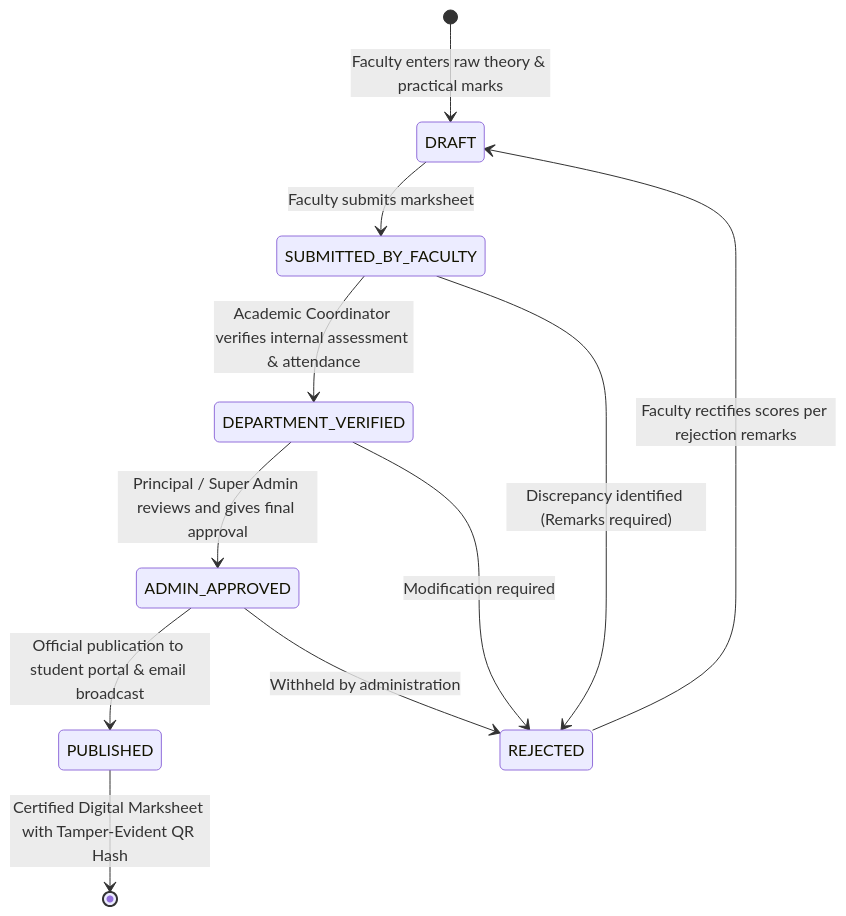
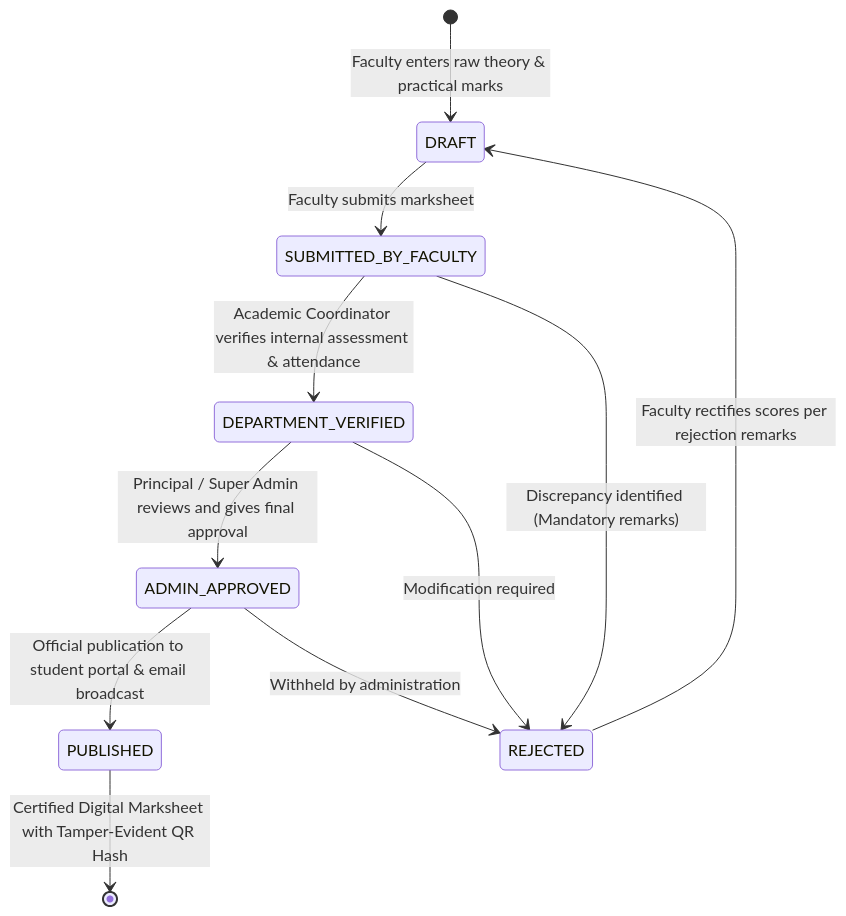
One commit to ulmind-com/annapurna-memorial-college-erp-backend changed the second of 5 diagrams in ARCHITECTURE.md. Above: the diagram before and after it, drawn with Mermaid. The commit also changed other lines of this file, not shown here.

Commit message:
docs: add mobile Firebase push notification sequence diagram and setup guide

````diff
--- a/ARCHITECTURE.md
+++ b/ARCHITECTURE.md
@@ -147,19 +79,19 @@
 ```mermaid
 stateDiagram-v2
     [*] --> DRAFT: Faculty enters raw theory & practical marks
     
     DRAFT --> SUBMITTED_BY_FACULTY: Faculty submits marksheet
     
     SUBMITTED_BY_FACULTY --> DEPARTMENT_VERIFIED: Academic Coordinator verifies internal assessment & attendance
-    SUBMITTED_BY_FACULTY --> REJECTED: Discrepancy identified (Remarks required)
+    SUBMITTED_BY_FACULTY --> REJECTED: Discrepancy identified (Mandatory remarks)
     
     DEPARTMENT_VERIFIED --> ADMIN_APPROVED: Principal / Super Admin reviews and gives final approval
     DEPARTMENT_VERIFIED --> REJECTED: Modification required
     
     ADMIN_APPROVED --> PUBLISHED: Official publication to student portal & email broadcast
     ADMIN_APPROVED --> REJECTED: Withheld by administration
     
     REJECTED --> DRAFT: Faculty rectifies scores per rejection remarks
     
     PUBLISHED --> [*]: Certified Digital Marksheet with Tamper-Evident QR Hash
 ```
````
